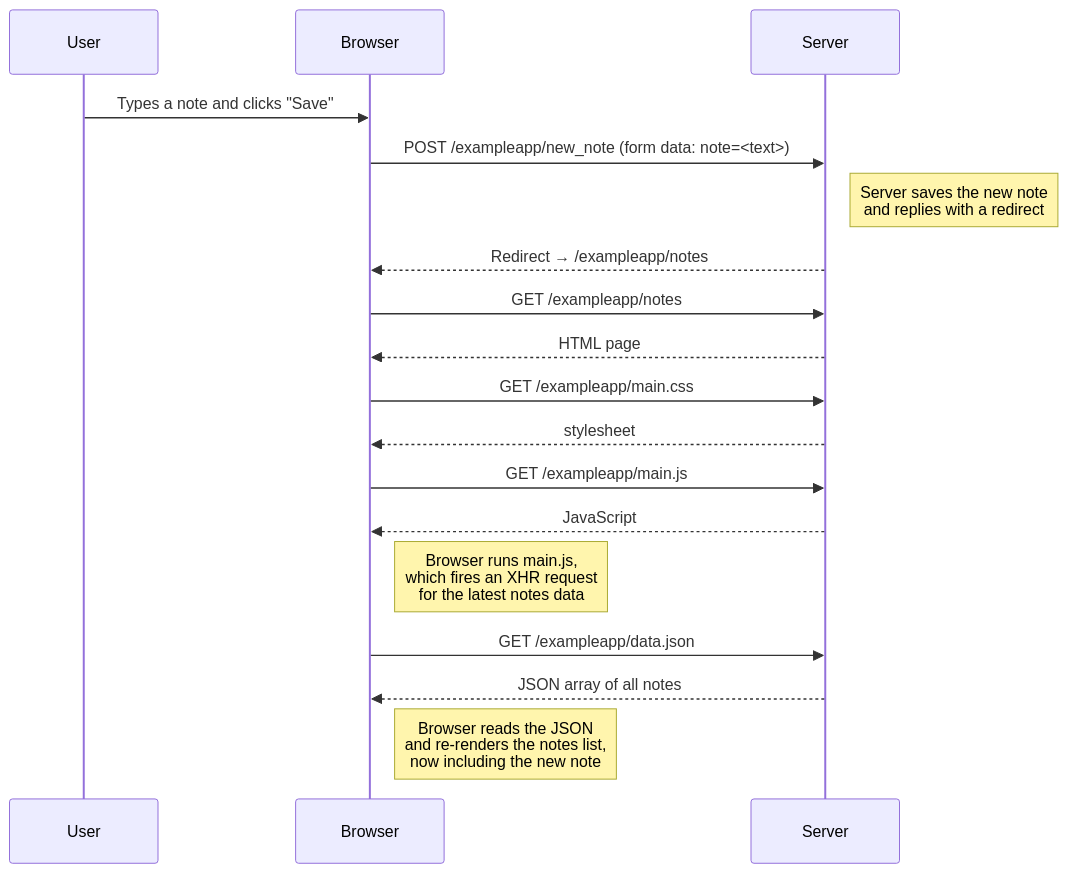
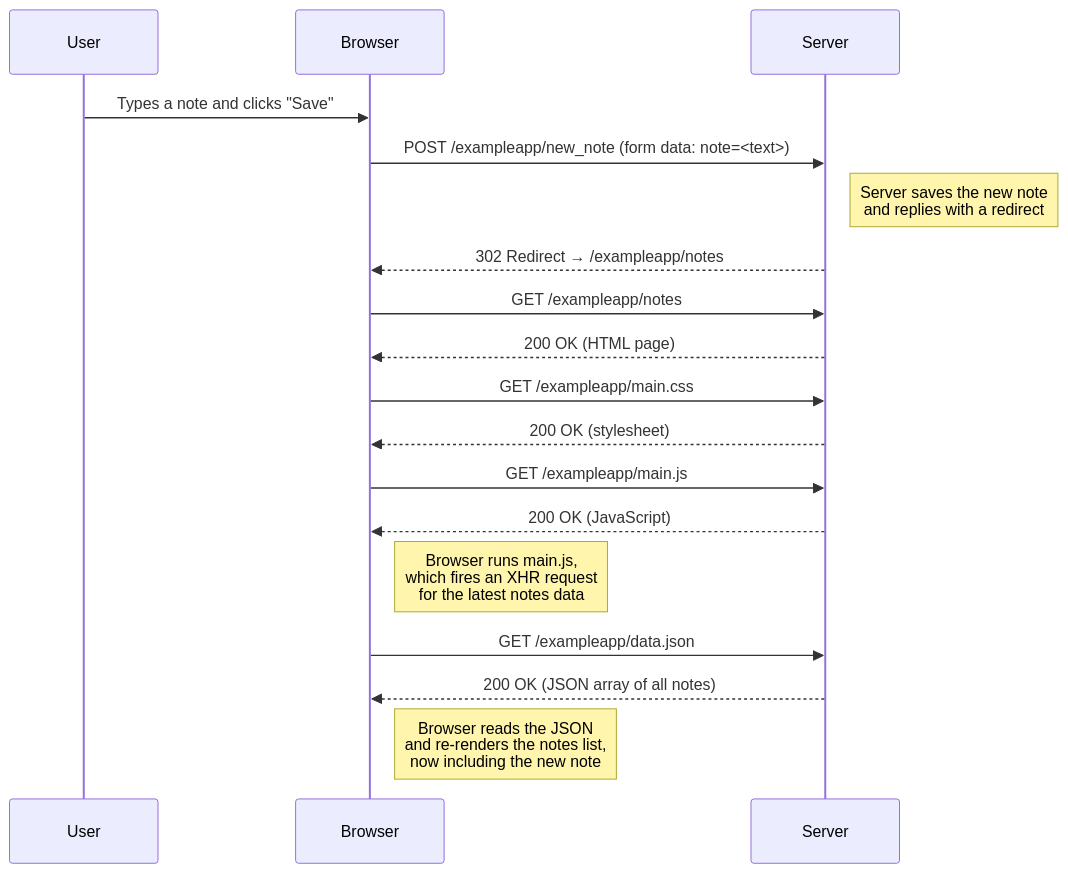
The diagram in part0/exercise-0.4/new_note_sequence.md (HadenHiles/full-stack-open), drawn with Mermaid before and after one commit.

Commit message:
Add request statuses to network events in the diagram.

````diff
--- a/part0/exercise-0.4/new_note_sequence.md
+++ b/part0/exercise-0.4/new_note_sequence.md
@@ -5,26 +5,26 @@
 ```mermaid
 sequenceDiagram
     participant User
     participant Browser
     participant Server
 
     User->>Browser: Types a note and clicks "Save"
     Browser->>Server: POST /exampleapp/new_note (form data: note=<text>)
     Note right of Server: Server saves the new note<br/>and replies with a redirect
-    Server-->>Browser: Redirect → /exampleapp/notes
+    Server-->>Browser: 302 Redirect → /exampleapp/notes
 
     Browser->>Server: GET /exampleapp/notes
-    Server-->>Browser: HTML page
+    Server-->>Browser: 200 OK (HTML page)
 
     Browser->>Server: GET /exampleapp/main.css
-    Server-->>Browser: stylesheet
+    Server-->>Browser: 200 OK (stylesheet)
 
     Browser->>Server: GET /exampleapp/main.js
-    Server-->>Browser: JavaScript
+    Server-->>Browser: 200 OK (JavaScript)
 
     Note right of Browser: Browser runs main.js,<br/>which fires an XHR request<br/>for the latest notes data
     Browser->>Server: GET /exampleapp/data.json
-    Server-->>Browser: JSON array of all notes
+    Server-->>Browser: 200 OK (JSON array of all notes)
 
     Note right of Browser: Browser reads the JSON<br/>and re-renders the notes list,<br/>now including the new note
 ```
````
